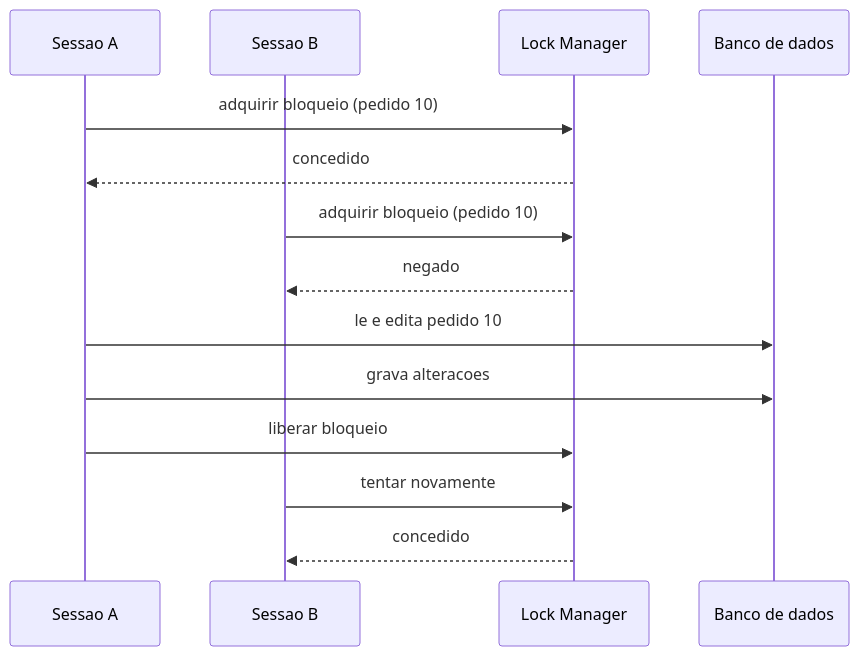
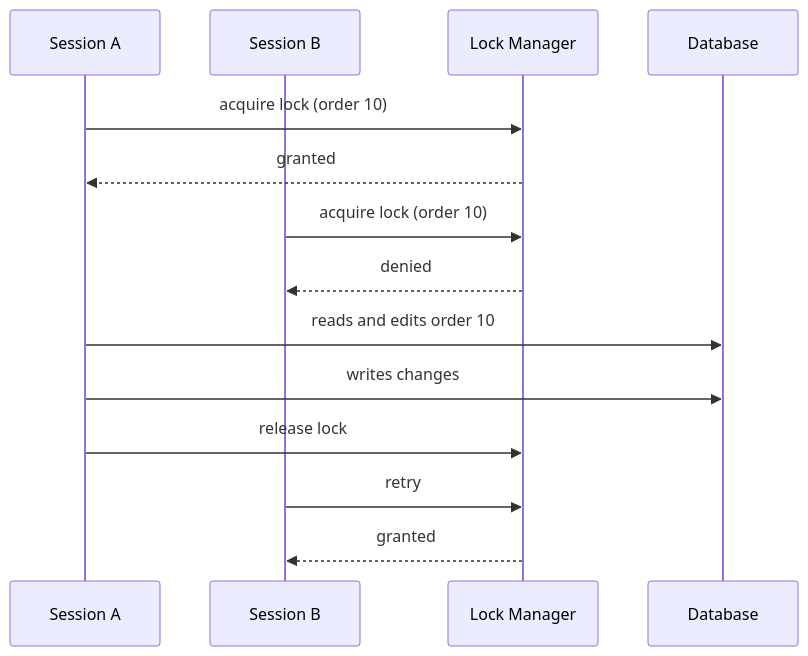
One commit to alancesar/design-patterns changed the diagram in docs/application/poeaa/offline-concurrency/pessimistic-offline-lock.md. Above: the diagram before and after it, drawn with Mermaid. The commit also changed 258 other files, not shown here.

First line of the commit message:
Translate Mermaid diagrams to English

````diff
--- a/docs/application/poeaa/offline-concurrency/pessimistic-offline-lock.md
+++ b/docs/application/poeaa/offline-concurrency/pessimistic-offline-lock.md
@@ -54,16 +54,16 @@
 ```mermaid
 sequenceDiagram
-    participant A as Sessao A
-    participant B as Sessao B
+    participant A as Session A
+    participant B as Session B
     participant LM as Lock Manager
-    participant DB as Banco de dados
-    A->>LM: adquirir bloqueio (pedido 10)
-    LM-->>A: concedido
-    B->>LM: adquirir bloqueio (pedido 10)
-    LM-->>B: negado
-    A->>DB: le e edita pedido 10
-    A->>DB: grava alteracoes
-    A->>LM: liberar bloqueio
-    B->>LM: tentar novamente
-    LM-->>B: concedido
+    participant DB as Database
+    A->>LM: acquire lock (order 10)
+    LM-->>A: granted
+    B->>LM: acquire lock (order 10)
+    LM-->>B: denied
+    A->>DB: reads and edits order 10
+    A->>DB: writes changes
+    A->>LM: release lock
+    B->>LM: retry
+    LM-->>B: granted
 ```
````
